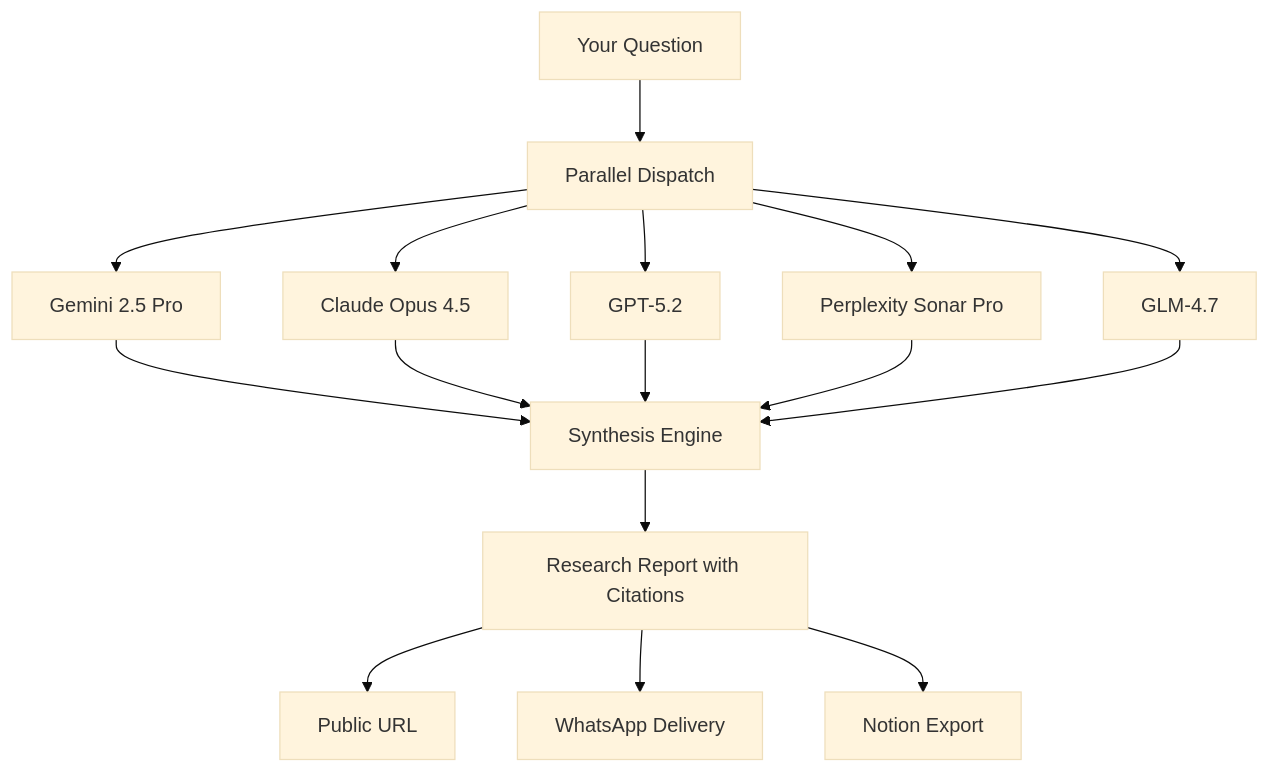
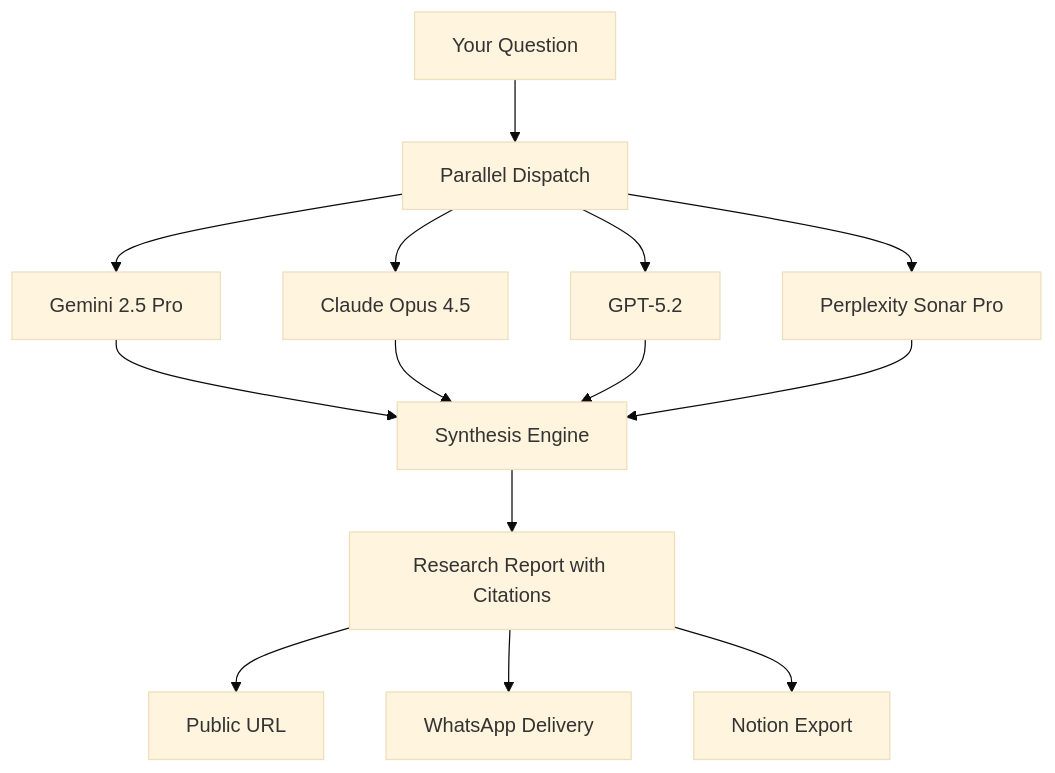
The second of 3 diagrams in README.md (pbuchman/intexuraos), drawn with Mermaid (base theme) before and after one commit. The commit also changed other lines of this file and 125 other files, not shown here.

````diff
--- a/README.md
+++ b/README.md
@@ -105,16 +105,15 @@
 ```mermaid
 graph TB
     Q[Your Question] --> P[Parallel Dispatch]
 
     P --> Gemini[Gemini 2.5 Pro]
     P --> Claude[Claude Opus 4.5]
     P --> GPT[GPT-5.2]
     P --> Sonar[Perplexity Sonar Pro]
-    P --> GLM[GLM-4.7]
 
-    Gemini & Claude & GPT & Sonar & GLM --> S[Synthesis Engine]
+    Gemini & Claude & GPT & Sonar --> S[Synthesis Engine]
     S --> R[Research Report with Citations]
     R --> Share[Public URL]
     R --> WA2[WhatsApp Delivery]
     R --> Notion[Notion Export]
 ```
````
